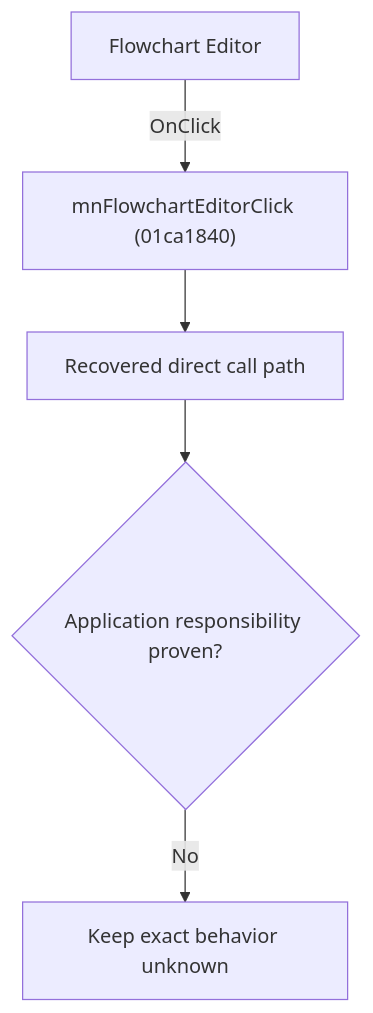
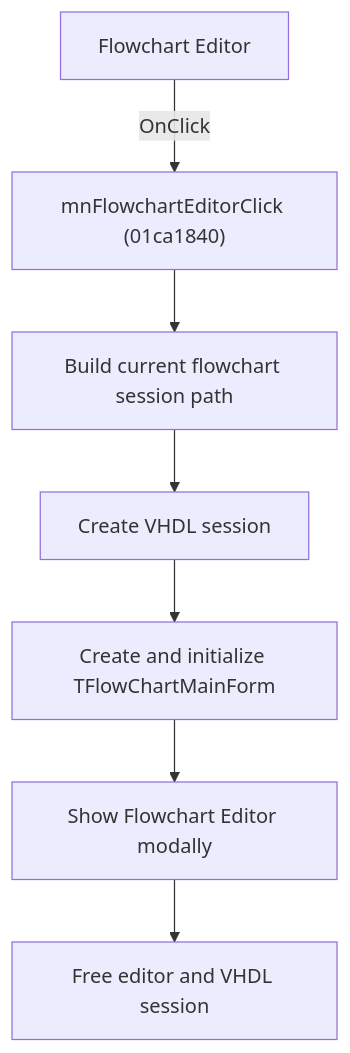
One commit to MovGP0/TIARA changed the diagram in docs/ui-controls/schematiceditor/mnflowcharteditor-e5028b07fc.md. Above: the diagram before and after it, drawn with Mermaid. The commit also changed other lines of this file and 241 other files, not shown here.

````diff
--- a/docs/ui-controls/schematiceditor/mnflowcharteditor-e5028b07fc.md
+++ b/docs/ui-controls/schematiceditor/mnflowcharteditor-e5028b07fc.md
@@ -27,7 +29,9 @@
 ```mermaid
 flowchart TD
-    control["Flowchart Editor"] -->|"OnClick"| handler["mnFlowchartEditorClick (01ca1840)"]
-    handler --> recovered["Recovered direct call path"]
-    recovered --> gap{"Application responsibility proven?"}
-    gap -->|"No"| blocked["Keep exact behavior unknown"]
+    control["Flowchart Editor"] -->|OnClick| handler["mnFlowchartEditorClick (01ca1840)"]
+    handler --> path["Build current flowchart session path"]
+    path --> session["Create VHDL session"]
+    session --> initialized["Create and initialize TFlowChartMainForm"]
+    initialized --> modal["Show Flowchart Editor modally"]
+    modal --> release["Free editor and VHDL session"]
 ```
````
